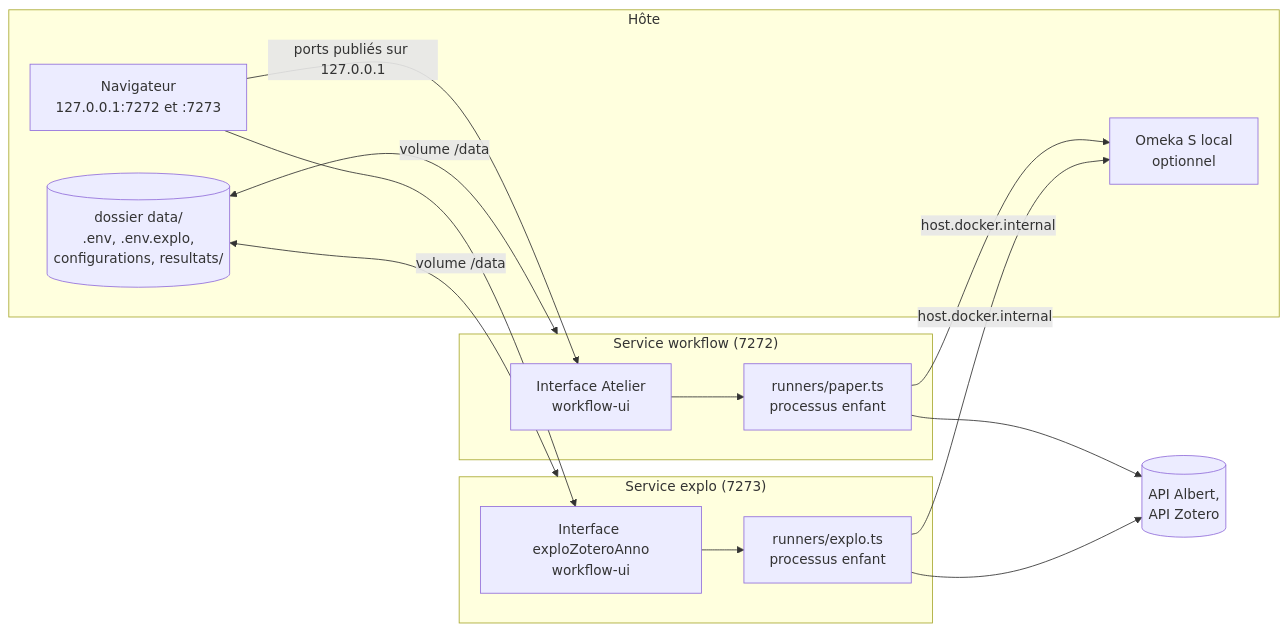
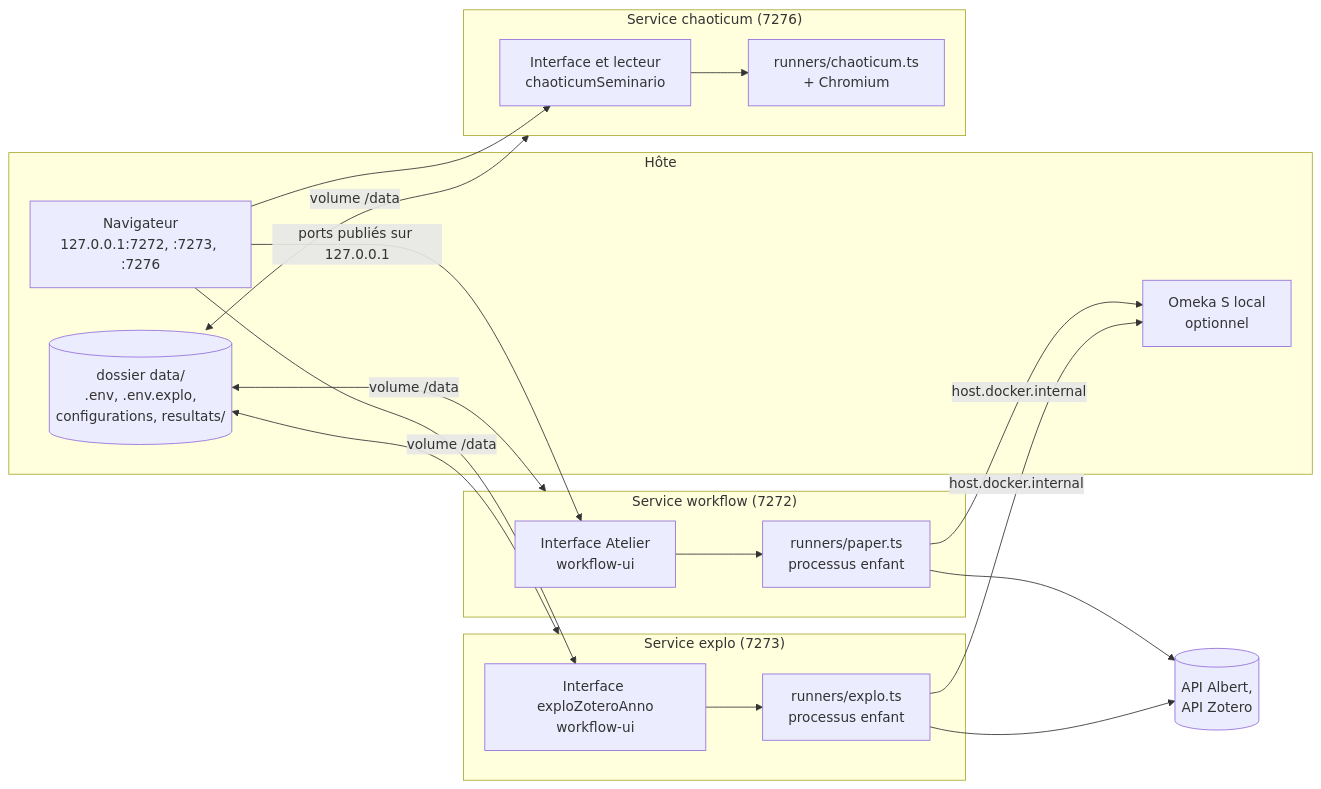
One commit to samszo/ecosysteme-agents-recherche changed the second of 5 diagrams in docs/installation.md. Above: the diagram before and after it, drawn with Mermaid. The commit also changed other lines of this file and 47 other files, not shown here.

````diff
--- a/docs/installation.md
+++ b/docs/installation.md
@@ -121,20 +131,25 @@
 ```mermaid
 flowchart LR
     subgraph Hôte
-        B[Navigateur<br/>127.0.0.1:7272 et :7273]
+        B[Navigateur<br/>127.0.0.1:7272, :7273, :7276]
         D[(dossier data/<br/>.env, .env.explo,<br/>configurations, resultats/)]
         O[Omeka S local<br/>optionnel]
     end
     subgraph C1["Service workflow (7272)"]
         UI1[Interface Atelier<br/>workflow-ui] --> WF1[runners/paper.ts<br/>processus enfant]
     end
     subgraph C2["Service explo (7273)"]
         UI2[Interface exploZoteroAnno<br/>workflow-ui] --> WF2[runners/explo.ts<br/>processus enfant]
     end
+    subgraph C3["Service chaoticum (7276)"]
+        UI3[Interface et lecteur<br/>chaoticumSeminario] --> WF3[runners/chaoticum.ts<br/>+ Chromium]
+    end
     B -- ports publiés sur 127.0.0.1 --> UI1
     B --> UI2
+    B --> UI3
+    D <-- volume /data --> C3
     D <-- volume /data --> C1
     D <-- volume /data --> C2
     WF1 & WF2 -- host.docker.internal --> O
     WF1 & WF2 --> EXT[(API Albert,<br/>API Zotero)]
 ```
````
